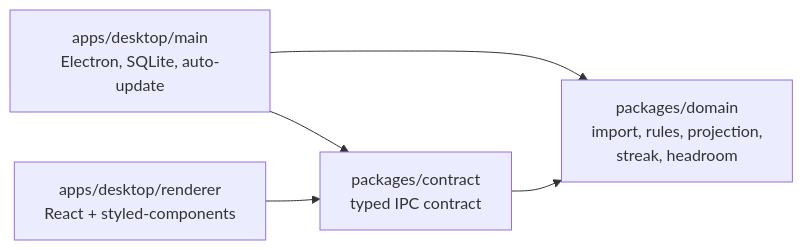
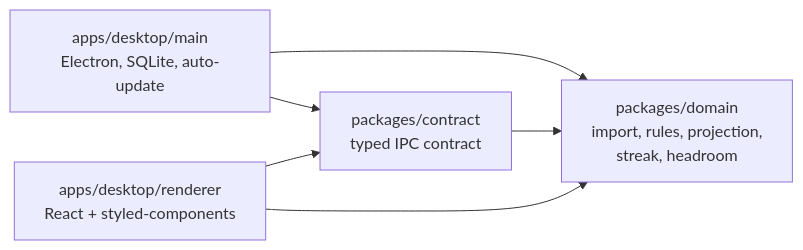
The diagram in README.md (carlos-rezai/DashCash), drawn with Mermaid before and after one commit. The commit also changed 2 other files, not shown here.

Commit message:
fix: [design-system] 10 address review

````diff
--- a/README.md
+++ b/README.md
@@ -61,11 +61,12 @@
 ```mermaid
 flowchart LR
   domain["packages/domain<br/>import, rules, projection,<br/>streak, headroom"]
   contract["packages/contract<br/>typed IPC contract"]
   main["apps/desktop/main<br/>Electron, SQLite, auto-update"]
   renderer["apps/desktop/renderer<br/>React + styled-components"]
   main --> domain
   main --> contract
   contract --> domain
   renderer --> contract
+  renderer --> domain
 ```
````
